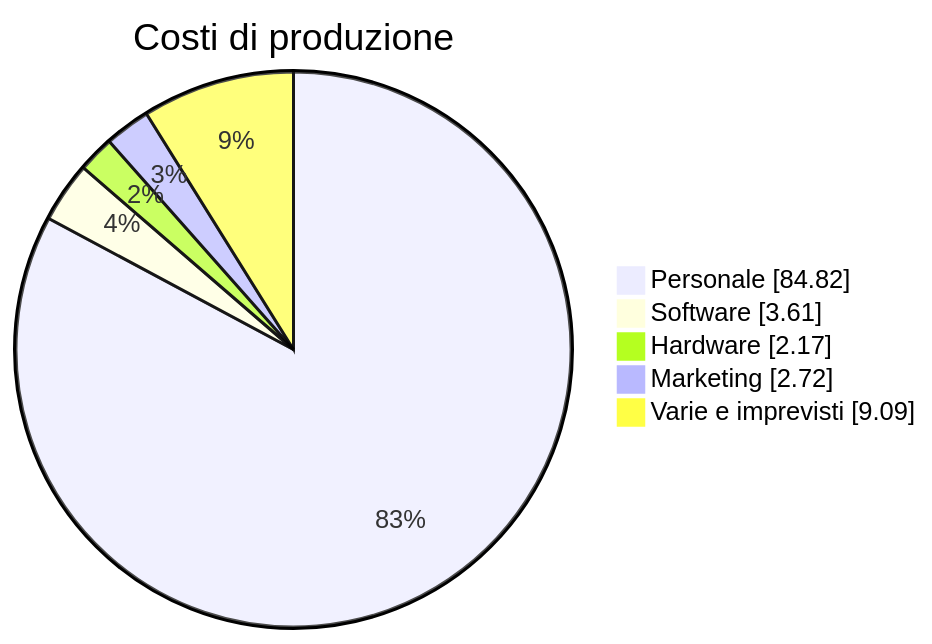
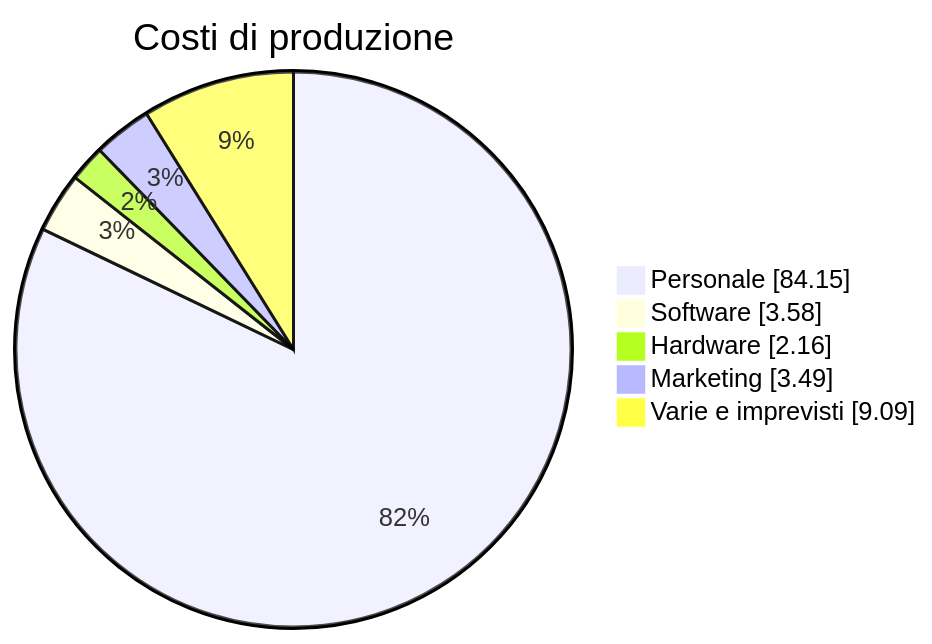
Before and after one commit to JBmanu/AthenaPlay-PM: the first of 2 diagrams in report/scoping/Feasibility-studies.md, drawn with Mermaid. The commit also changed other lines of this file and 4 other files, not shown here.

````diff
--- a/report/scoping/Feasibility-studies.md
+++ b/report/scoping/Feasibility-studies.md
@@ -38,16 +38,16 @@
 ```mermaid
 ---
 config:
 pie:
 textPosition: 0.5
 themeVariables:
 pieOuterStrokeWidth: "5px"
 ---
 pie showData
     title Costi di produzione
-    "Personale": 84.82
-    "Software": 3.61
-    "Hardware": 2.17
-    "Marketing": 2.72
+    "Personale": 84.15
+    "Software": 3.58
+    "Hardware": 2.16
+    "Marketing": 3.49
     "Varie e imprevisti": 9.09
 ```
````
